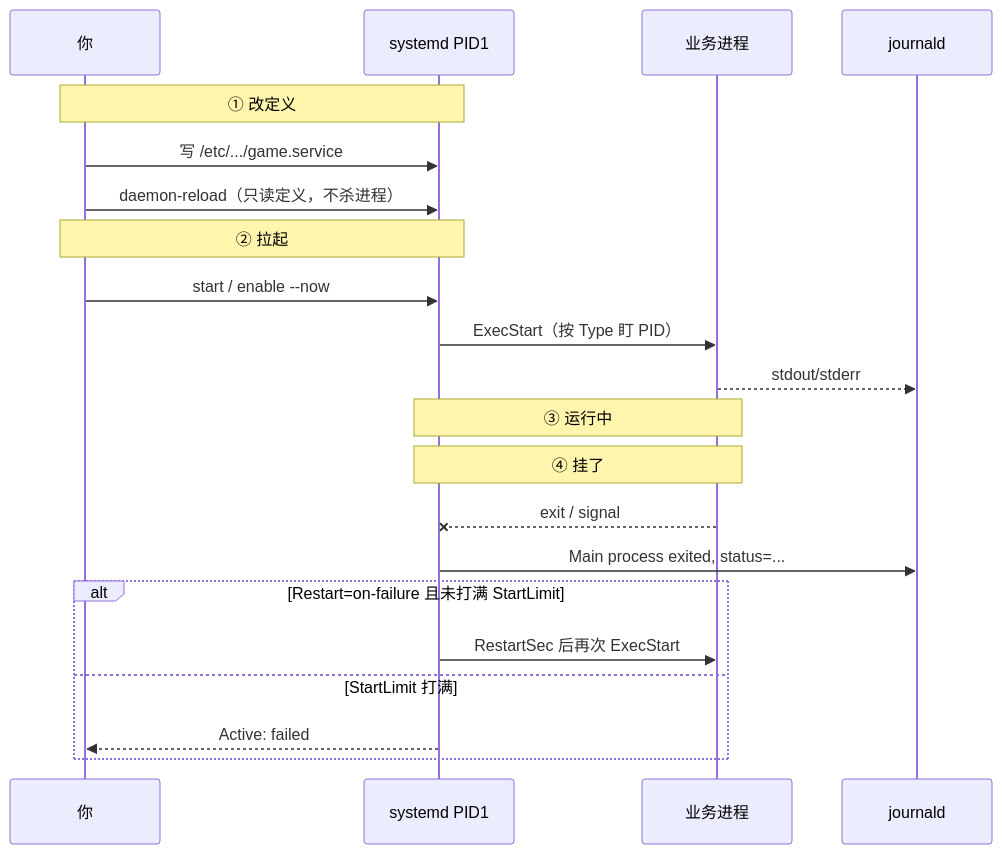
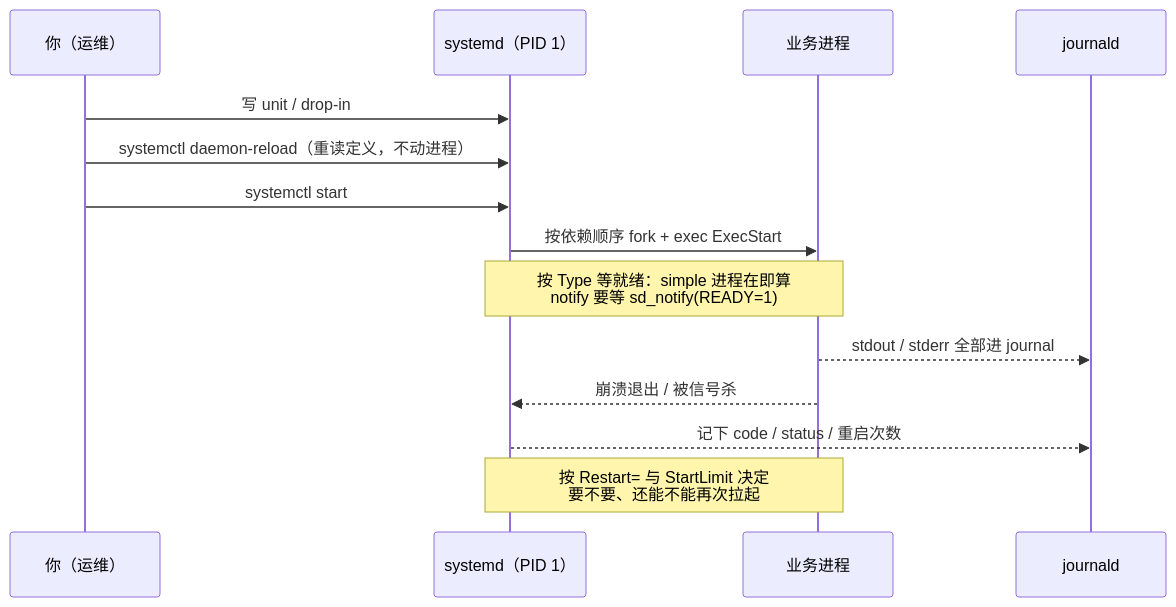
The second of 7 diagrams in 01-基础底座/11-Systemd与服务管理/知识点.md (ml-cuizijun/LearnToLilith), drawn with Mermaid before and after one commit. The commit also changed other lines of this file and 470 other files, not shown here.

````diff
--- a/01-基础底座/11-Systemd与服务管理/知识点.md
+++ b/01-基础底座/11-Systemd与服务管理/知识点.md
@@ -155,24 +94,16 @@
 ```mermaid
 sequenceDiagram
-    participant Admin as 你
-    participant SD as systemd PID1
-    participant Proc as 业务进程
+    participant A as 你（运维）
+    participant S as systemd（PID 1）
+    participant P as 业务进程
     participant J as journald
-
-    Note over Admin,SD: ① 改定义
-    Admin->>SD: 写 /etc/.../game.service
-    Admin->>SD: daemon-reload（只读定义，不杀进程）
-    Note over Admin,SD: ② 拉起
-    Admin->>SD: start / enable --now
-    SD->>Proc: ExecStart（按 Type 盯 PID）
-    Proc-->>J: stdout/stderr
-    Note over SD,Proc: ③ 运行中
-    Note over SD,Proc: ④ 挂了
-    Proc--xSD: exit / signal
-    SD->>J: Main process exited, status=...
-    alt Restart=on-failure 且未打满 StartLimit
-        SD->>Proc: RestartSec 后再次 ExecStart
-    else StartLimit 打满
-        SD-->>Admin: Active: failed
-    end
+    A->>S: 写 unit / drop-in
+    A->>S: systemctl daemon-reload（重读定义，不动进程）
+    A->>S: systemctl start
+    S->>P: 按依赖顺序 fork + exec ExecStart
+    Note over S,P: 按 Type 等就绪：simple 进程在即算<br/>notify 要等 sd_notify(READY=1)
+    P-->>J: stdout / stderr 全部进 journal
+    P-->>S: 崩溃退出 / 被信号杀
+    S-->>J: 记下 code / status / 重启次数
+    Note over S,P: 按 Restart= 与 StartLimit 决定<br/>要不要、还能不能再次拉起
 ```
````
